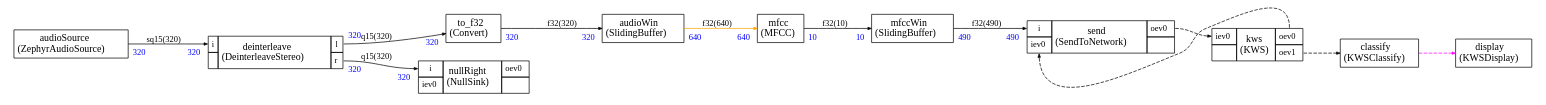
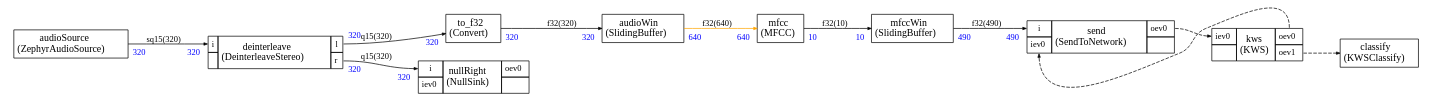
One commit to christophe0606/ZephyrAI changed the diagram in src/stream/scheduler/graph.dot. Above: the diagram before and after it, drawn with Graphviz. The commit also changed 12 other files, not shown here.

```diff
--- a/src/stream/scheduler/graph.dot
+++ b/src/stream/scheduler/graph.dot
@@ -1,186 +1,176 @@
 
 
 
 
 
 
 digraph structs {
     bgcolor = "white"
     node [shape=plaintext,color="black",fontcolor="black",fontname="Times-Roman"]
     rankdir=LR
     edge [arrowsize="0.5",color="black",fontcolor="black",fontname="Times-Roman"]
 
 
 audioSource [label=<
 <TABLE color="black" bgcolor="none" BORDER="0" CELLBORDER="1" CELLSPACING="0" CELLPADDING="4">
   <TR>
     <TD ALIGN="CENTER" PORT="i"><FONT COLOR="black" POINT-SIZE="14.0">audioSource<BR/>(ZephyrAudioSource)</FONT></TD>
   </TR>
 </TABLE>>];
 
 audioWin [label=<
 <TABLE color="black" bgcolor="none" BORDER="0" CELLBORDER="1" CELLSPACING="0" CELLPADDING="4">
   <TR>
     <TD ALIGN="CENTER" PORT="i"><FONT COLOR="black" POINT-SIZE="14.0">audioWin<BR/>(SlidingBuffer)</FONT></TD>
   </TR>
 </TABLE>>];
 
 
 deinterleave [label=<
 <TABLE color="black" bgcolor="none" BORDER="0" CELLBORDER="1" CELLSPACING="0" CELLPADDING="4">
   <TR>
     <TD PORT="i"><FONT POINT-SIZE="12.0" COLOR="black">i</FONT></TD>
     <TD ALIGN="CENTER" ROWSPAN="2"><FONT COLOR="black" POINT-SIZE="14.0">deinterleave<BR/>(DeinterleaveStereo)</FONT></TD>
     <TD PORT="l"><FONT POINT-SIZE="12.0" COLOR="black">l</FONT></TD>
   </TR>
 <TR>
  
 <TD></TD>
 <TD PORT="r"><FONT POINT-SIZE="12.0" COLOR="black">r</FONT></TD>
 </TR>
 
 </TABLE>>];
 
 mfcc [label=<
 <TABLE color="black" bgcolor="none" BORDER="0" CELLBORDER="1" CELLSPACING="0" CELLPADDING="4">
   <TR>
     <TD ALIGN="CENTER" PORT="i"><FONT COLOR="black" POINT-SIZE="14.0">mfcc<BR/>(MFCC)</FONT></TD>
   </TR>
 </TABLE>>];
 
 mfccWin [label=<
 <TABLE color="black" bgcolor="none" BORDER="0" CELLBORDER="1" CELLSPACING="0" CELLPADDING="4">
   <TR>
     <TD ALIGN="CENTER" PORT="i"><FONT COLOR="black" POINT-SIZE="14.0">mfccWin<BR/>(SlidingBuffer)</FONT></TD>
   </TR>
 </TABLE>>];
 
 
 nullRight [label=<
 <TABLE color="black" bgcolor="none" BORDER="0" CELLBORDER="1" CELLSPACING="0" CELLPADDING="4">
   <TR>
     <TD PORT="i"><FONT POINT-SIZE="12.0" COLOR="black">i</FONT></TD>
     <TD ALIGN="CENTER" ROWSPAN="2"><FONT COLOR="black" POINT-SIZE="14.0">nullRight<BR/>(NullSink)</FONT></TD>
     <TD PORT="oev0"><FONT POINT-SIZE="12.0" COLOR="black">oev0</FONT></TD>
   </TR>
 <TR>
 <TD PORT="iev0"><FONT POINT-SIZE="12.0" COLOR="black">iev0</FONT></TD>
 
  
 <TD></TD></TR>
 
 </TABLE>>];
 
 
 send [label=<
 <TABLE color="black" bgcolor="none" BORDER="0" CELLBORDER="1" CELLSPACING="0" CELLPADDING="4">
   <TR>
     <TD PORT="i"><FONT POINT-SIZE="12.0" COLOR="black">i</FONT></TD>
     <TD ALIGN="CENTER" ROWSPAN="2"><FONT COLOR="black" POINT-SIZE="14.0">send<BR/>(SendToNetwork)</FONT></TD>
     <TD PORT="oev0"><FONT POINT-SIZE="12.0" COLOR="black">oev0</FONT></TD>
   </TR>
 <TR>
 <TD PORT="iev0"><FONT POINT-SIZE="12.0" COLOR="black">iev0</FONT></TD>
 
  
 <TD></TD></TR>
 
 </TABLE>>];
 
 to_f32 [label=<
 <TABLE color="black" bgcolor="none" BORDER="0" CELLBORDER="1" CELLSPACING="0" CELLPADDING="4">
   <TR>
     <TD ALIGN="CENTER" PORT="i"><FONT COLOR="black" POINT-SIZE="14.0">to_f32<BR/>(Convert)</FONT></TD>
   </TR>
 </TABLE>>];
 
 classify [label=<
 <TABLE color="black" bgcolor="none" BORDER="0" CELLBORDER="1" CELLSPACING="0" CELLPADDING="4">
   <TR>
     <TD ALIGN="CENTER" PORT="i"><FONT COLOR="black" POINT-SIZE="14.0">classify<BR/>(KWSClassify)</FONT></TD>
   </TR>
 </TABLE>>];
 
-display [label=<
-<TABLE color="black" bgcolor="none" BORDER="0" CELLBORDER="1" CELLSPACING="0" CELLPADDING="4">
-  <TR>
-    <TD ALIGN="CENTER" PORT="i"><FONT COLOR="black" POINT-SIZE="14.0">display<BR/>(KWSDisplay)</FONT></TD>
-  </TR>
-</TABLE>>];
-
 
 kws [label=<
 <TABLE color="black" bgcolor="none" BORDER="0" CELLBORDER="1" CELLSPACING="0" CELLPADDING="4">
   <TR>
     <TD PORT="iev0"><FONT POINT-SIZE="12.0" COLOR="black">iev0</FONT></TD>
     <TD ALIGN="CENTER" ROWSPAN="2"><FONT COLOR="black" POINT-SIZE="14.0">kws<BR/>(KWS)</FONT></TD>
     <TD PORT="oev0"><FONT POINT-SIZE="12.0" COLOR="black">oev0</FONT></TD>
   </TR>
 <TR>
  
 <TD></TD>
 <TD PORT="oev1"><FONT POINT-SIZE="12.0" COLOR="black">oev1</FONT></TD>
 </TR>
 
 </TABLE>>];
 
 
 
 audioSource:i -> deinterleave:i [style="solid",color="black",fontsize="12.0",fontcolor="black",label=<sq15(320)>
 ,headlabel=<<TABLE BORDER="0" CELLPADDING="4"><TR><TD><FONT COLOR="blue" POINT-SIZE="12.0" >320</FONT>
 </TD></TR></TABLE>>
 ,taillabel=<<TABLE BORDER="0" CELLPADDING="4"><TR><TD><FONT COLOR="blue" POINT-SIZE="12.0" >320</FONT>
 </TD></TR></TABLE>>]
 
 deinterleave:l -> to_f32:i [style="solid",color="black",fontsize="12.0",fontcolor="black",label=<q15(320)>
 ,headlabel=<<TABLE BORDER="0" CELLPADDING="4"><TR><TD><FONT COLOR="blue" POINT-SIZE="12.0" >320</FONT>
 </TD></TR></TABLE>>
 ,taillabel=<<TABLE BORDER="0" CELLPADDING="4"><TR><TD><FONT COLOR="blue" POINT-SIZE="12.0" >320</FONT>
 </TD></TR></TABLE>>]
 
 to_f32:i -> audioWin:i [style="solid",color="black",fontsize="12.0",fontcolor="black",label=<f32(320)>
 ,headlabel=<<TABLE BORDER="0" CELLPADDING="4"><TR><TD><FONT COLOR="blue" POINT-SIZE="12.0" >320</FONT>
 </TD></TR></TABLE>>
 ,taillabel=<<TABLE BORDER="0" CELLPADDING="4"><TR><TD><FONT COLOR="blue" POINT-SIZE="12.0" >320</FONT>
 </TD></TR></TABLE>>]
 
 audioWin:i -> mfcc:i [style="solid",color="orange",fontsize="12.0",fontcolor="black",label=<f32(640)>
 ,headlabel=<<TABLE BORDER="0" CELLPADDING="4"><TR><TD><FONT COLOR="blue" POINT-SIZE="12.0" >640</FONT>
 </TD></TR></TABLE>>
 ,taillabel=<<TABLE BORDER="0" CELLPADDING="4"><TR><TD><FONT COLOR="blue" POINT-SIZE="12.0" >640</FONT>
 </TD></TR></TABLE>>]
 
 mfcc:i -> mfccWin:i [style="solid",color="black",fontsize="12.0",fontcolor="black",label=<f32(10)>
 ,headlabel=<<TABLE BORDER="0" CELLPADDING="4"><TR><TD><FONT COLOR="blue" POINT-SIZE="12.0" >10</FONT>
 </TD></TR></TABLE>>
 ,taillabel=<<TABLE BORDER="0" CELLPADDING="4"><TR><TD><FONT COLOR="blue" POINT-SIZE="12.0" >10</FONT>
 </TD></TR></TABLE>>]
 
 mfccWin:i -> send:i [style="solid",color="black",fontsize="12.0",fontcolor="black",label=<f32(490)>
 ,headlabel=<<TABLE BORDER="0" CELLPADDING="4"><TR><TD><FONT COLOR="blue" POINT-SIZE="12.0" >490</FONT>
 </TD></TR></TABLE>>
 ,taillabel=<<TABLE BORDER="0" CELLPADDING="4"><TR><TD><FONT COLOR="blue" POINT-SIZE="12.0" >490</FONT>
 </TD></TR></TABLE>>]
 
 deinterleave:r -> nullRight:i [style="solid",color="black",fontsize="12.0",fontcolor="black",label=<q15(320)>
 ,headlabel=<<TABLE BORDER="0" CELLPADDING="4"><TR><TD><FONT COLOR="blue" POINT-SIZE="12.0" >320</FONT>
 </TD></TR></TABLE>>
 ,taillabel=<<TABLE BORDER="0" CELLPADDING="4"><TR><TD><FONT COLOR="blue" POINT-SIZE="12.0" >320</FONT>
 </TD></TR></TABLE>>]
 
 
 
 send:oev0 -> kws:iev0 [style="dashed",color="black",fontsize="12.0",fontcolor="black",label=<>
 
 ]
 kws:oev0 -> send:iev0 [style="dashed",color="black",fontsize="12.0",fontcolor="black",label=<>
 
 ]
 kws:oev1 -> classify:i [style="dashed",color="black",fontsize="12.0",fontcolor="black",label=<>
 
 ]
-classify:i -> display:i [style="dashed",color="magenta",fontsize="12.0",fontcolor="black",label=<>
-
-]
 
 }
```
